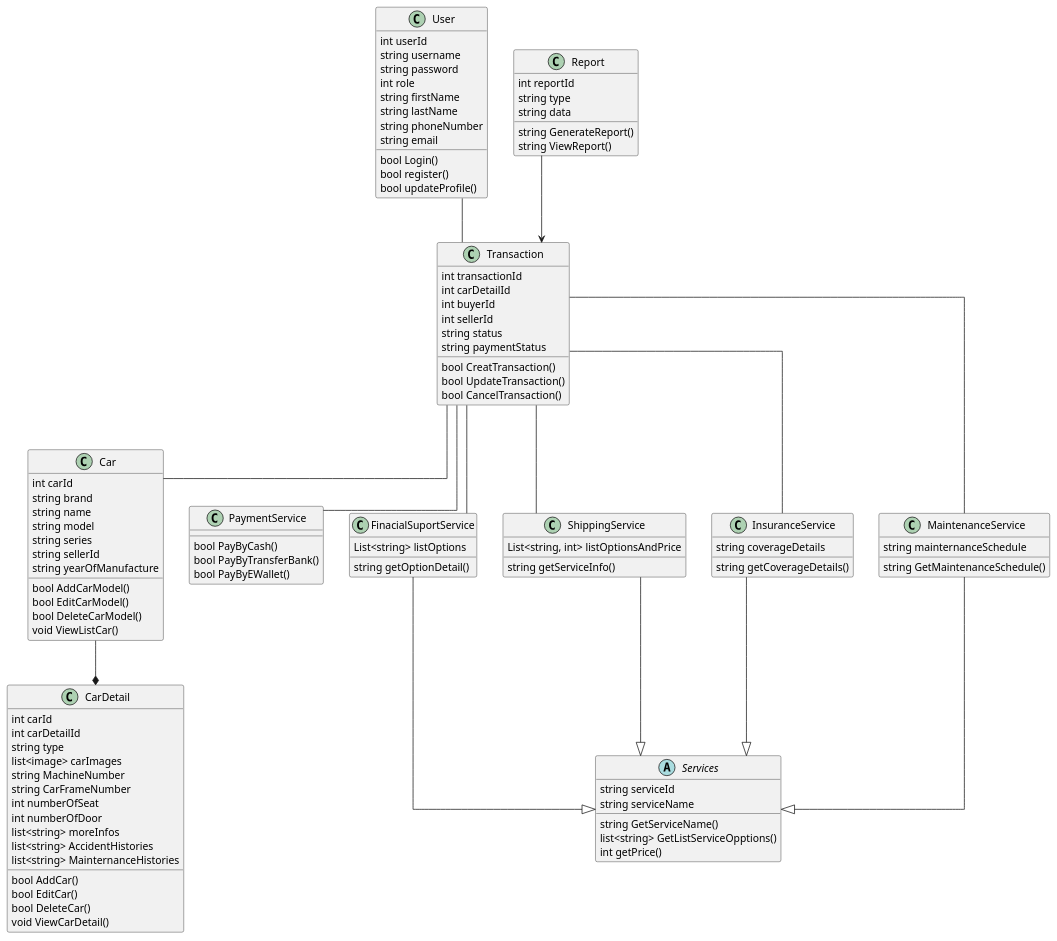
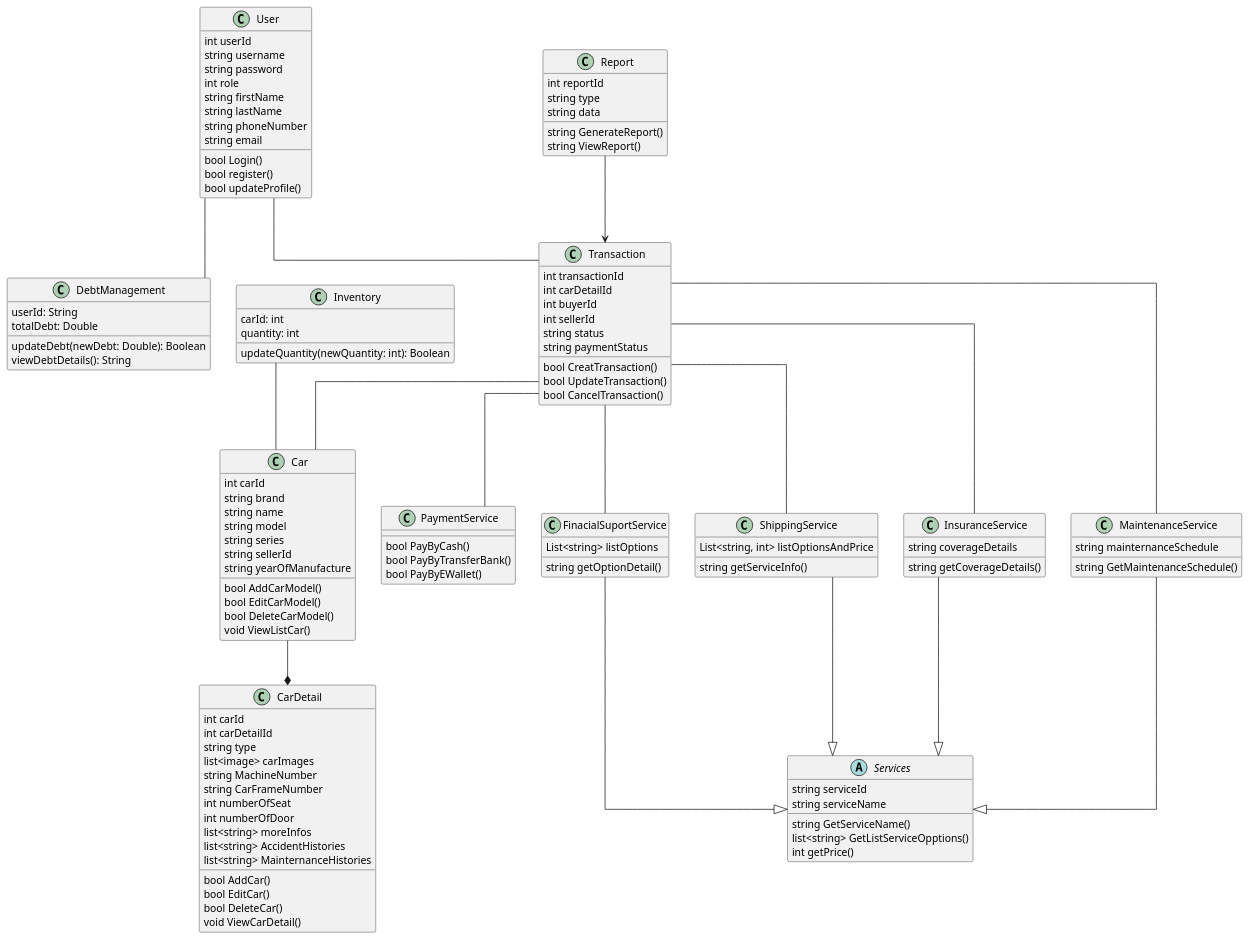
The diagram in Lab1/Lab1.2/Class/Lab1.2 ClassDiagram.plantuml (phutuctran/SE357-Pratice-class), drawn with PlantUML before and after one commit. The commit also changed 3 other files, not shown here.

```diff
--- a/Lab1/Lab1.2/Class/Lab1.2 ClassDiagram.plantuml
+++ b/Lab1/Lab1.2/Class/Lab1.2 ClassDiagram.plantuml
@@ -1,124 +1,137 @@
 @startuml
 'left to right direction
 skinparam linetype ortho
 
 class User{
     int userId
     string username
     string password
     int role 
     string firstName 
     string lastName 
     string phoneNumber
     string email
     bool Login() 
     bool register() 
     bool updateProfile()
+}
+class DebtManagement {
+  userId: String
+  totalDebt: Double
+  updateDebt(newDebt: Double): Boolean
+  viewDebtDetails(): String
 }
 
 class Car{
     int carId 
     string brand 
     string name
     string model 
     string series 
     string sellerId 
     string yearOfManufacture
     bool AddCarModel()
     bool EditCarModel()
     bool DeleteCarModel()
     void ViewListCar()
 }
 
 class CarDetail{
     int carId
     int carDetailId
     string type 
     'new car/ old car
     list<image> carImages
     string MachineNumber
     string CarFrameNumber
     int numberOfSeat
     int numberOfDoor
     list<string> moreInfos
     list<string> AccidentHistories
     list<string> MainternanceHistories
     bool AddCar()
     bool EditCar()
     bool DeleteCar()
     void ViewCarDetail()
+}
+class Inventory {
+  carId: int
+  quantity: int
+  updateQuantity(newQuantity: int): Boolean
 }
 
 class Transaction{
     int transactionId 
     int carDetailId 
     int buyerId 
     int sellerId 
     string status 
     string paymentStatus 
     bool CreatTransaction()
     bool UpdateTransaction()
     bool CancelTransaction()
 }
 
 abstract class Services{
     string serviceId
     string serviceName 
     string GetServiceName()
     list<string> GetListServiceOpptions()
     int getPrice()
 }
 
 class PaymentService{
     bool PayByCash()
     bool PayByTransferBank()
     bool PayByEWallet()
 }
 
 class FinacialSuportService{
     List<string> listOptions
     string getOptionDetail()
 }
 
 class ShippingService{
     List<string, int> listOptionsAndPrice
     string getServiceInfo()
 }
 
 class InsuranceService{
     string coverageDetails
     string getCoverageDetails()
 }
 
 class MaintenanceService{
     string mainternanceSchedule
     string GetMaintenanceSchedule()
 }
 
 class Report{
     int reportId 
     string type
     string data
     string GenerateReport()
     string ViewReport()
 }
 
 'Inheritance Relationships
 MaintenanceService --|> Services
 ShippingService --|> Services
 InsuranceService --|> Services
 FinacialSuportService --|> Services
 
 User -- Transaction
+User -- DebtManagement
 Transaction -- Car
 Transaction -- ShippingService
 Transaction -- InsuranceService
 Transaction -- MaintenanceService
 Transaction -- PaymentService
 Transaction -- FinacialSuportService
+Inventory -- Car
 Report --> Transaction
 
 'Composition Relationship
 Car --* CarDetail
 
 @enduml
```
